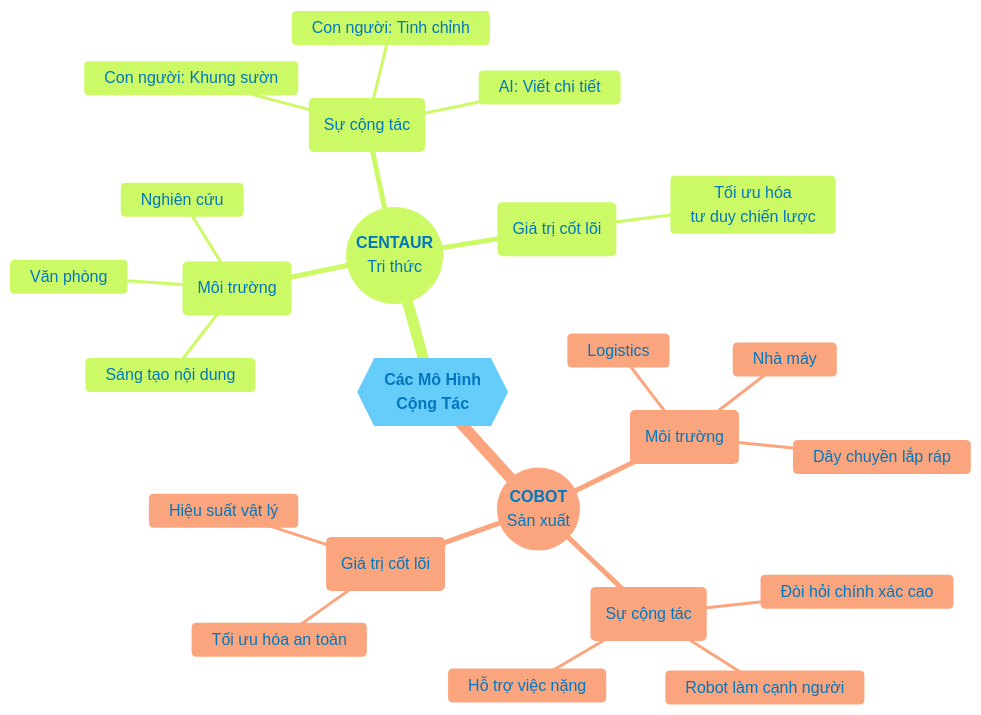
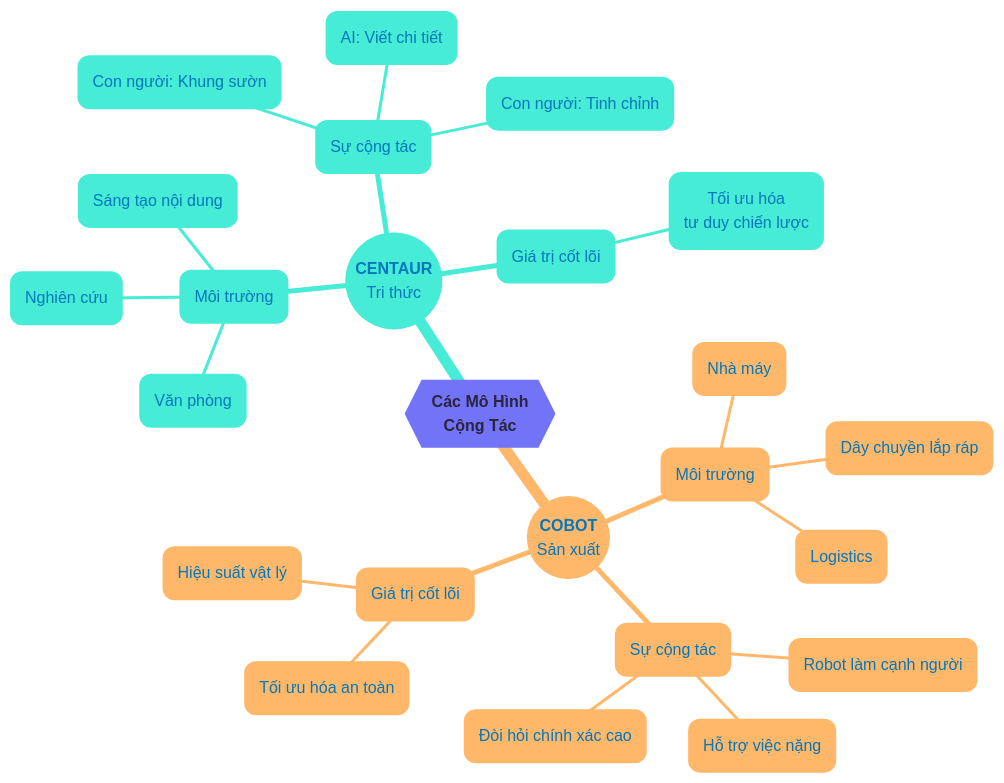
Before and after one commit to sam-uit/typst-report-template: the diagram in content/diagrams/cacmohinhcongtac-mm.mmd, drawn with Mermaid.

```diff
--- a/content/diagrams/cacmohinhcongtac-mm.mmd
+++ b/content/diagrams/cacmohinhcongtac-mm.mmd
@@ -1,36 +1,36 @@
 ---
 config:
-  theme: base
+  theme: redux-color
   themeVariables:
     primaryColor: '#e1f5fe'
     primaryTextColor: '#0277bd'
     primaryBorderColor: '#0288d1'
     lineColor: '#0288d1'
-    fontFamily: ''
+    fontFamily: 'Google Sans'
     fontSize: 16px
 ---
 mindmap
 {{**Các Mô Hình<br>Cộng Tác**}}
   ((**CENTAUR**<br>Tri thức))
     (Môi trường)
       Văn phòng
       Nghiên cứu
       Sáng tạo nội dung
     (Sự cộng tác)
       Con người: Khung sườn
       AI: Viết chi tiết
       Con người: Tinh chỉnh
     (Giá trị cốt lõi)
       Tối ưu hóa<br>tư duy chiến lược
   ((**COBOT**<br>Sản xuất))
     (Môi trường)
       Nhà máy
       Dây chuyền lắp ráp
       Logistics
     (Sự cộng tác)
       Robot làm cạnh người
       Hỗ trợ việc nặng
       Đòi hỏi chính xác cao
     (Giá trị cốt lõi)
       Tối ưu hóa an toàn
       Hiệu suất vật lý
```
